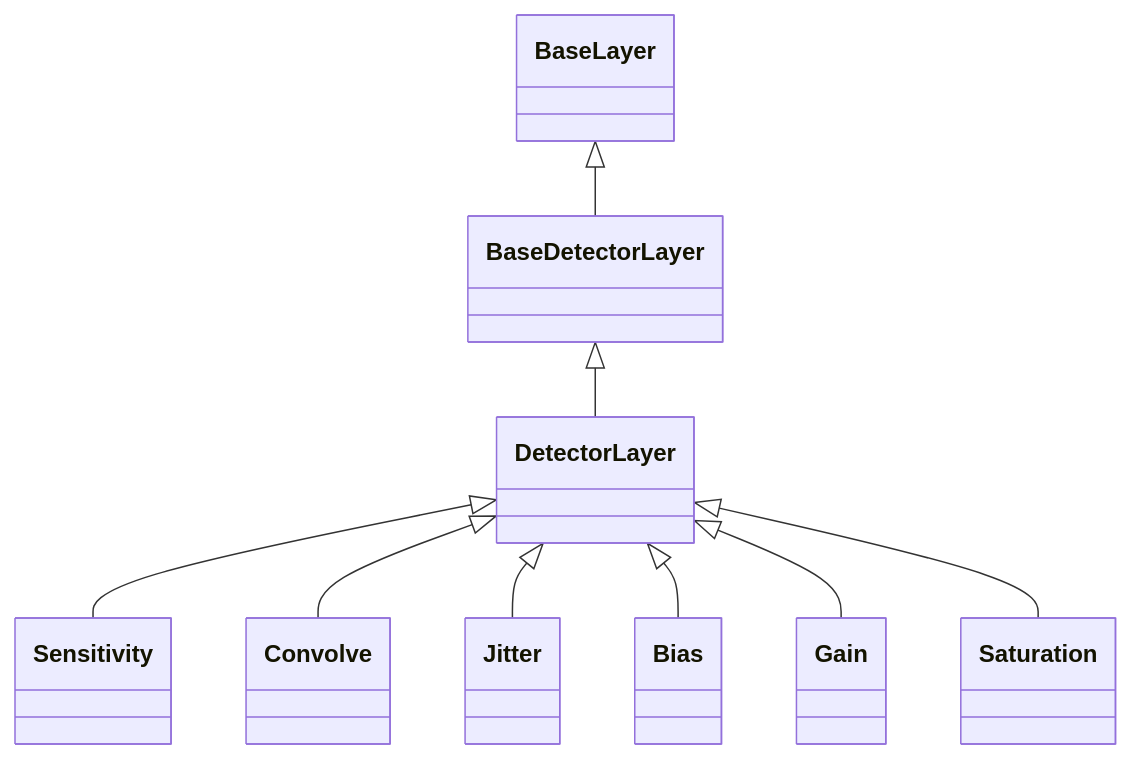
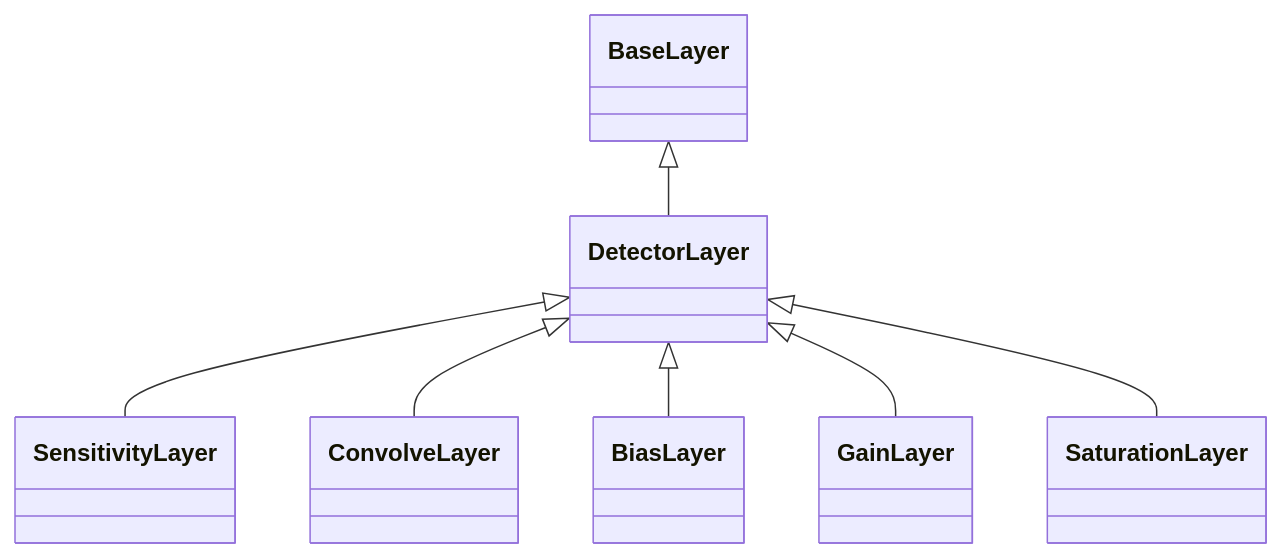
One commit to LouisDesdoigts/dLux changed the second of 5 diagrams in docs/API/layers/overview.md. Above: the diagram before and after it, drawn with Mermaid. The commit also changed other lines of this file and 160 other files, not shown here.

````diff
--- a/docs/API/layers/overview.md
+++ b/docs/API/layers/overview.md
@@ -76,28 +23,23 @@
 ```mermaid
 classDiagram
-    class dLux_layers_detector_BaseDetectorLayer["BaseDetectorLayer"]
+    direction TB
     class dLux_layers_detector_DetectorLayer["DetectorLayer"]
-    class dLux_layers_detector_Sensitivity["Sensitivity"]
-    class dLux_layers_detector_Convolve["Convolve"]
-    class dLux_layers_detector_Jitter["Jitter"]
-    class dLux_layers_detector_Bias["Bias"]
-    class dLux_layers_detector_Gain["Gain"]
-    class dLux_layers_detector_Saturation["Saturation"]
-    class dLux_layers_optical_BaseLayer["BaseLayer"]
-    dLux_layers_optical_BaseLayer <|-- dLux_layers_detector_BaseDetectorLayer
-    click dLux_layers_detector_BaseDetectorLayer href "../detector/#dLux.layers.detector.BaseDetectorLayer" "Methods: apply()"
-    dLux_layers_detector_BaseDetectorLayer <|-- dLux_layers_detector_DetectorLayer
-    click dLux_layers_detector_DetectorLayer href "../detector/#dLux.layers.detector.DetectorLayer" "Methods: context()"
-    dLux_layers_detector_DetectorLayer <|-- dLux_layers_detector_Sensitivity
-    click dLux_layers_detector_Sensitivity href "../detector/#dLux.layers.detector.Sensitivity" "Attributes: response · Methods: apply()"
-    dLux_layers_detector_DetectorLayer <|-- dLux_layers_detector_Convolve
-    click dLux_layers_detector_Convolve href "../detector/#dLux.layers.detector.Convolve" "Attributes: kernel · Methods: apply()"
-    dLux_layers_detector_DetectorLayer <|-- dLux_layers_detector_Jitter
-    click dLux_layers_detector_Jitter href "../detector/#dLux.layers.detector.Jitter" "Attributes: profile, kernel_size, oversample · Methods: kernel(), apply()"
-    dLux_layers_detector_DetectorLayer <|-- dLux_layers_detector_Bias
-    click dLux_layers_detector_Bias href "../detector/#dLux.layers.detector.Bias" "Attributes: bias · Methods: apply()"
-    dLux_layers_detector_DetectorLayer <|-- dLux_layers_detector_Gain
-    click dLux_layers_detector_Gain href "../detector/#dLux.layers.detector.Gain" "Attributes: gain · Methods: context(), apply()"
-    dLux_layers_detector_DetectorLayer <|-- dLux_layers_detector_Saturation
-    click dLux_layers_detector_Saturation href "../detector/#dLux.layers.detector.Saturation" "Attributes: limit · Methods: apply()"
+    class dLux_layers_detector_SensitivityLayer["SensitivityLayer"]
+    class dLux_layers_detector_ConvolveLayer["ConvolveLayer"]
+    class dLux_layers_detector_BiasLayer["BiasLayer"]
+    class dLux_layers_detector_GainLayer["GainLayer"]
+    class dLux_layers_detector_SaturationLayer["SaturationLayer"]
+    class dLux_utils_sequential_BaseLayer["BaseLayer"]
+    dLux_utils_sequential_BaseLayer <|-- dLux_layers_detector_DetectorLayer
+    click dLux_layers_detector_DetectorLayer href "../detector/#dLux.layers.detector.DetectorLayer" "Methods: apply(), context(), __init__()"
+    dLux_layers_detector_DetectorLayer <|-- dLux_layers_detector_SensitivityLayer
+    click dLux_layers_detector_SensitivityLayer href "../detector/#dLux.layers.detector.SensitivityLayer" "Attributes: response · Methods: __init__(), apply()"
+    dLux_layers_detector_DetectorLayer <|-- dLux_layers_detector_ConvolveLayer
+    click dLux_layers_detector_ConvolveLayer href "../detector/#dLux.layers.detector.ConvolveLayer" "Attributes: kernel · Methods: __init__(), apply()"
+    dLux_layers_detector_DetectorLayer <|-- dLux_layers_detector_BiasLayer
+    click dLux_layers_detector_BiasLayer href "../detector/#dLux.layers.detector.BiasLayer" "Attributes: bias · Methods: __init__(), apply()"
+    dLux_layers_detector_DetectorLayer <|-- dLux_layers_detector_GainLayer
+    click dLux_layers_detector_GainLayer href "../detector/#dLux.layers.detector.GainLayer" "Attributes: gain · Methods: __init__(), context(), apply()"
+    dLux_layers_detector_DetectorLayer <|-- dLux_layers_detector_SaturationLayer
+    click dLux_layers_detector_SaturationLayer href "../detector/#dLux.layers.detector.SaturationLayer" "Attributes: limit · Methods: __init__(), apply()"
 ```
````
